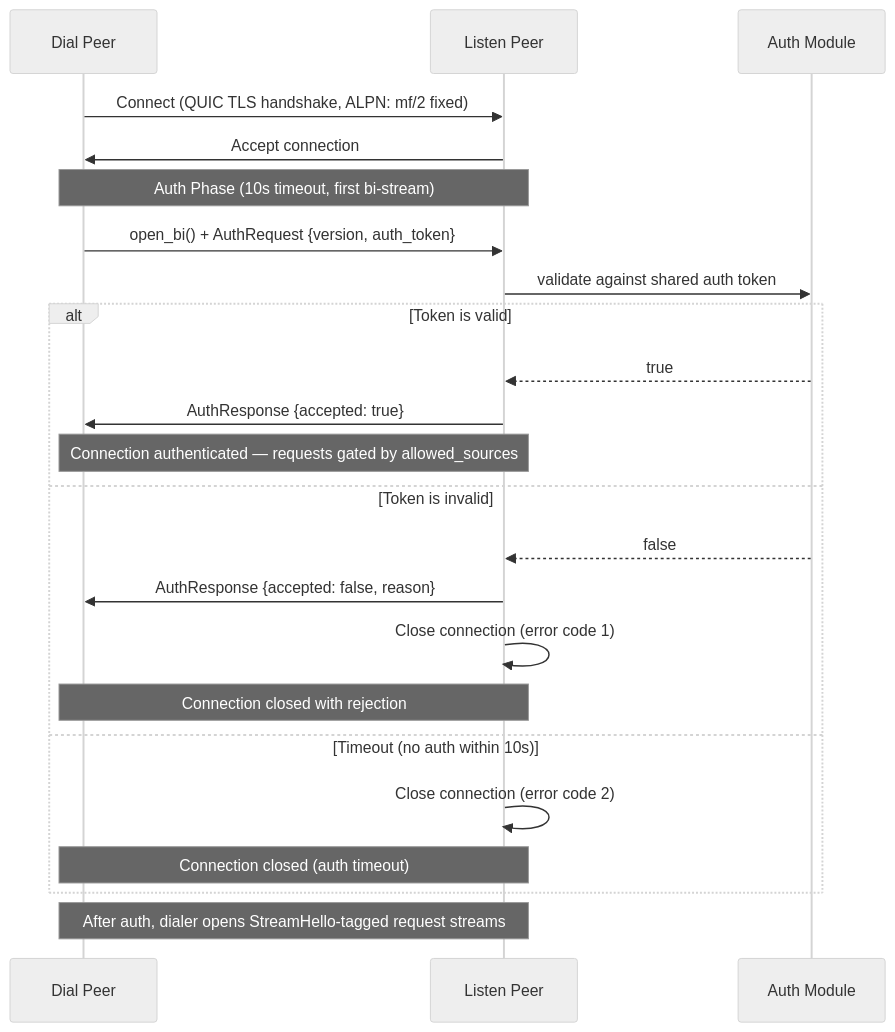
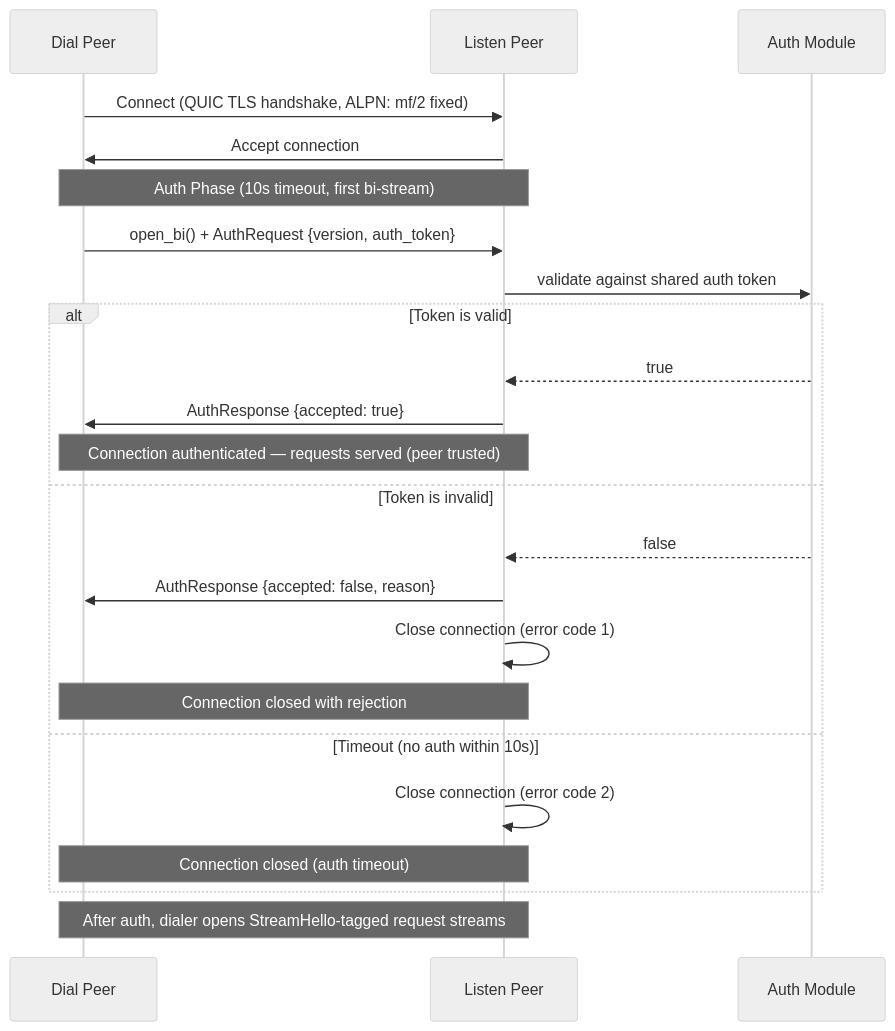
Diagram 16 of 21 in docs/ARCHITECTURE.md (andrewtheguy/duopipe), drawn with Mermaid (neutral theme) before and after one commit. The commit also changed other lines of this file and 12 other files, not shown here.

````diff
--- a/docs/ARCHITECTURE.md
+++ b/docs/ARCHITECTURE.md
@@ -569,28 +563,28 @@
 ```mermaid
 sequenceDiagram
     participant D as Dial Peer
     participant L as Listen Peer
     participant A as Auth Module
 
     D->>L: Connect (QUIC TLS handshake, ALPN: mf/2 fixed)
     L->>D: Accept connection
 
     Note over D,L: Auth Phase (10s timeout, first bi-stream)
     D->>L: open_bi() + AuthRequest {version, auth_token}
     L->>A: validate against shared auth token
     alt Token is valid
         A-->>L: true
         L->>D: AuthResponse {accepted: true}
-        Note over L,D: Connection authenticated — requests gated by allowed_sources
+        Note over L,D: Connection authenticated — requests served (peer trusted)
     else Token is invalid
         A-->>L: false
         L->>D: AuthResponse {accepted: false, reason}
         L->>L: Close connection (error code 1)
         Note over L,D: Connection closed with rejection
     else Timeout (no auth within 10s)
         L->>L: Close connection (error code 2)
         Note over L,D: Connection closed (auth timeout)
     end
 
     Note over D,L: After auth, dialer opens StreamHello-tagged request streams
 ```
````
